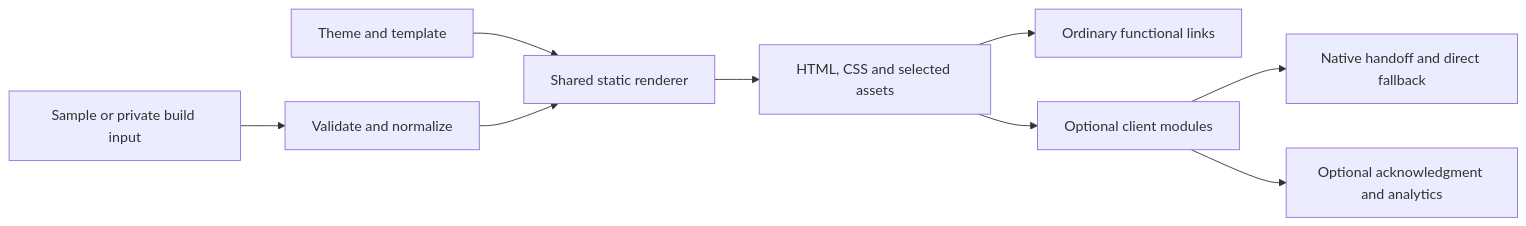
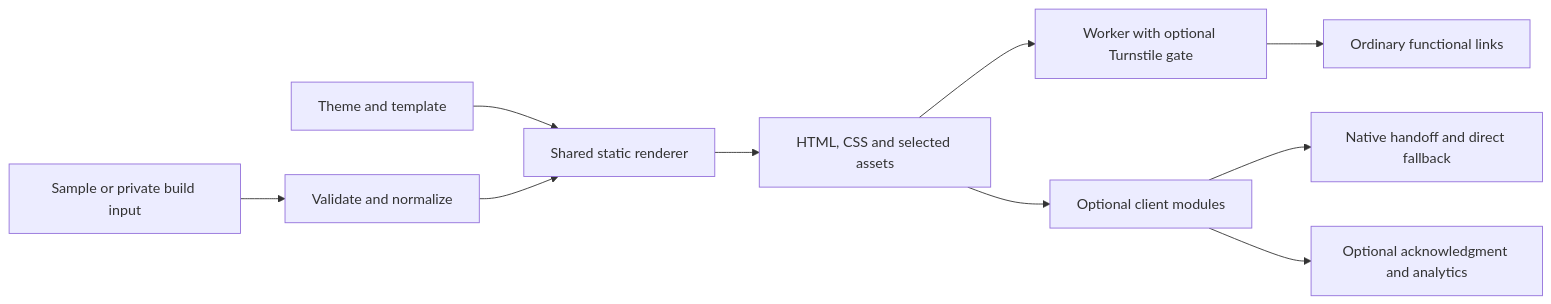
Before and after one commit to sdornel/cloudflare-link-protection: the diagram in README.md, drawn with Mermaid. The commit also changed other lines of this file and 28 other files, not shown here.

````diff
--- a/README.md
+++ b/README.md
@@ -82,11 +83,12 @@
 ```mermaid
 flowchart LR
   A[Sample or private build input] --> B[Validate and normalize]
   C[Theme and template] --> D[Shared static renderer]
   B --> D
   D --> E[HTML, CSS and selected assets]
-  E --> F[Ordinary functional links]
+  E --> W[Worker with optional Turnstile gate]
+  W --> F[Ordinary functional links]
   E --> G[Optional client modules]
   G --> H[Native handoff and direct fallback]
   G --> I[Optional acknowledgment and analytics]
 ```
````
